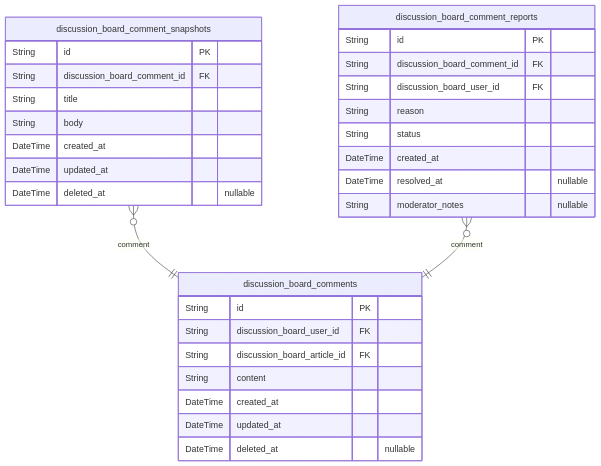
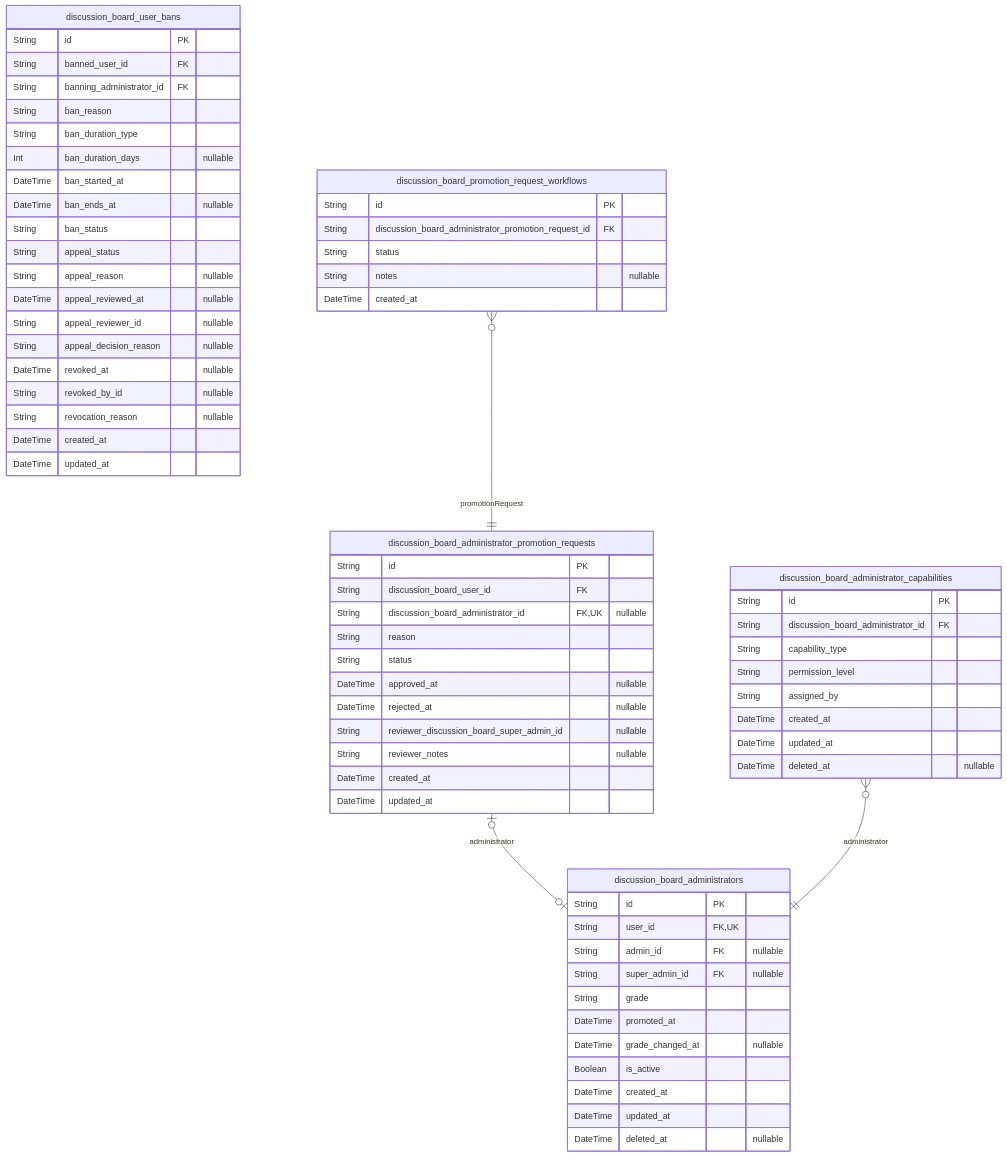
One commit to wrtnlabs/autobe-examples changed the sixth of 7 diagrams in deepseek/deepseek-v3.1-terminus-exacto/bbs/docs/ERD.md. Above: the diagram before and after it, drawn with Mermaid. The commit also changed other lines of this file and 11104 other files, not shown here.

````diff
--- a/deepseek/deepseek-v3.1-terminus-exacto/bbs/docs/ERD.md
+++ b/deepseek/deepseek-v3.1-terminus-exacto/bbs/docs/ERD.md
@@ -1546,33 +2768,70 @@
 ```mermaid
 erDiagram
-"discussion_board_comments" {
+"discussion_board_administrator_promotion_requests" {
   String id PK
   String discussion_board_user_id FK
-  String discussion_board_article_id FK
-  String content
+  String discussion_board_administrator_id FK,UK "nullable"
+  String reason
+  String status
+  DateTime approved_at "nullable"
+  DateTime rejected_at "nullable"
+  String reviewer_discussion_board_super_admin_id "nullable"
+  String reviewer_notes "nullable"
+  DateTime created_at
+  DateTime updated_at
+}
+"discussion_board_administrators" {
+  String id PK
+  String user_id FK,UK
+  String admin_id FK "nullable"
+  String super_admin_id FK "nullable"
+  String grade
+  DateTime promoted_at
+  DateTime grade_changed_at "nullable"
+  Boolean is_active
   DateTime created_at
   DateTime updated_at
   DateTime deleted_at "nullable"
 }
-"discussion_board_comment_snapshots" {
+"discussion_board_user_bans" {
   String id PK
-  String discussion_board_comment_id FK
-  String title
-  String body
+  String banned_user_id FK
+  String banning_administrator_id FK
+  String ban_reason
+  String ban_duration_type
+  Int ban_duration_days "nullable"
+  DateTime ban_started_at
+  DateTime ban_ends_at "nullable"
+  String ban_status
+  String appeal_status
+  String appeal_reason "nullable"
+  DateTime appeal_reviewed_at "nullable"
+  String appeal_reviewer_id "nullable"
+  String appeal_decision_reason "nullable"
+  DateTime revoked_at "nullable"
+  String revoked_by_id "nullable"
+  String revocation_reason "nullable"
+  DateTime created_at
+  DateTime updated_at
+}
+"discussion_board_promotion_request_workflows" {
+  String id PK
+  String discussion_board_administrator_promotion_request_id FK
+  String status
+  String notes "nullable"
+  DateTime created_at
+}
+"discussion_board_administrator_capabilities" {
+  String id PK
+  String discussion_board_administrator_id FK
+  String capability_type
+  String permission_level
+  String assigned_by
   DateTime created_at
   DateTime updated_at
   DateTime deleted_at "nullable"
 }
-"discussion_board_comment_reports" {
-  String id PK
-  String discussion_board_comment_id FK
-  String discussion_board_user_id FK
-  String reason
-  String status
-  DateTime created_at
-  DateTime resolved_at "nullable"
-  String moderator_notes "nullable"
-}
-"discussion_board_comment_snapshots" }o--|| "discussion_board_comments" : comment
-"discussion_board_comment_reports" }o--|| "discussion_board_comments" : comment
+"discussion_board_administrator_promotion_requests" |o--o| "discussion_board_administrators" : administrator
+"discussion_board_promotion_request_workflows" }o--|| "discussion_board_administrator_promotion_requests" : promotionRequest
+"discussion_board_administrator_capabilities" }o--|| "discussion_board_administrators" : administrator
 ```
````
